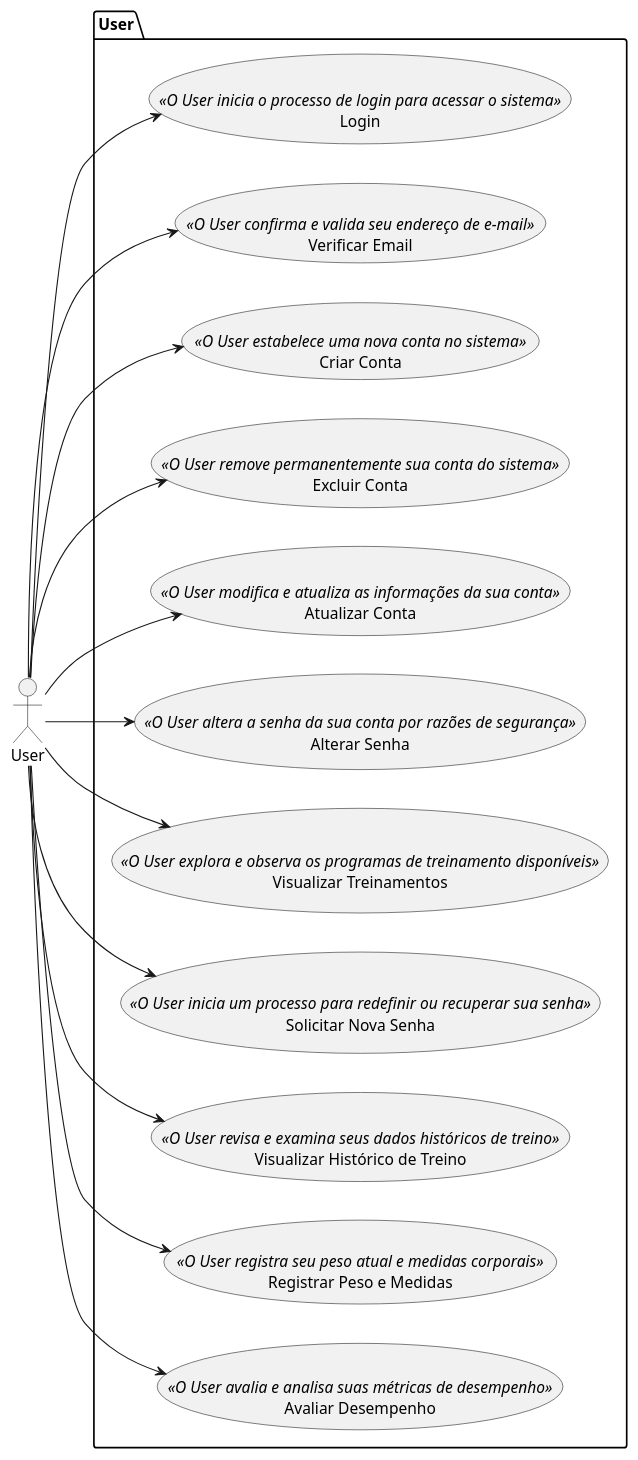
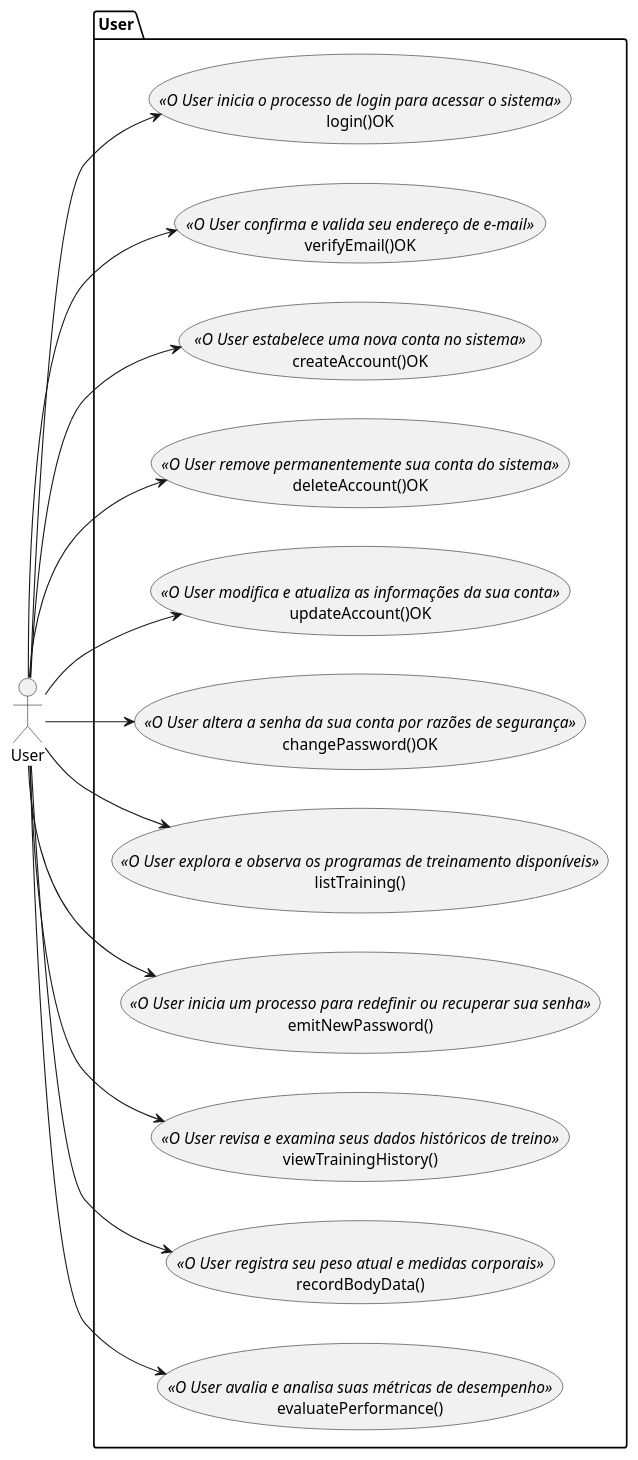
Before and after one commit to LucasReisV1337/api-gym: the diagram in uml/User/usecases/index.wsd, drawn with PlantUML. The commit also changed 6 other files, not shown here.

```diff
--- a/uml/User/usecases/index.wsd
+++ b/uml/User/usecases/index.wsd
@@ -1,41 +1,41 @@
 @startuml
 left to right direction
 
 actor User as u
 
 package "User" {
-  usecase "Login" as UC1 <<O User inicia o processo de login para acessar o sistema>>
+  usecase "login()OK" as UC1 <<O User inicia o processo de login para acessar o sistema>>
 
-  usecase "Verificar Email" as UC2 <<O User confirma e valida seu endereço de e-mail>>
+  usecase "verifyEmail()OK" as UC2 <<O User confirma e valida seu endereço de e-mail>>
 
-  usecase "Criar Conta" as UC3 <<O User estabelece uma nova conta no sistema>>
+  usecase "createAccount()OK" as UC3 <<O User estabelece uma nova conta no sistema>>
 
-  usecase "Excluir Conta" as UC4 <<O User remove permanentemente sua conta do sistema>>
+  usecase "deleteAccount()OK" as UC4 <<O User remove permanentemente sua conta do sistema>>
 
-  usecase "Atualizar Conta" as UC5 <<O User modifica e atualiza as informações da sua conta>>
+  usecase "updateAccount()OK" as UC5 <<O User modifica e atualiza as informações da sua conta>>
 
-  usecase "Alterar Senha" as UC6 <<O User altera a senha da sua conta por razões de segurança>>
+  usecase "changePassword()OK" as UC6 <<O User altera a senha da sua conta por razões de segurança>>
 
-  usecase "Visualizar Treinamentos" as UC7 <<O User explora e observa os programas de treinamento disponíveis>>
+  usecase "listTraining()" as UC7 <<O User explora e observa os programas de treinamento disponíveis>>
 
-  usecase "Solicitar Nova Senha" as UC8 <<O User inicia um processo para redefinir ou recuperar sua senha>>
+  usecase "emitNewPassword()" as UC8 <<O User inicia um processo para redefinir ou recuperar sua senha>>
 
-  usecase "Visualizar Histórico de Treino" as UC9 <<O User revisa e examina seus dados históricos de treino>>
+  usecase "viewTrainingHistory()" as UC9 <<O User revisa e examina seus dados históricos de treino>>
 
-  usecase "Registrar Peso e Medidas" as UC10 <<O User registra seu peso atual e medidas corporais>>
+  usecase "recordBodyData()" as UC10 <<O User registra seu peso atual e medidas corporais>>
 
-  usecase "Avaliar Desempenho" as UC11 <<O User avalia e analisa suas métricas de desempenho>>
+  usecase "evaluatePerformance()" as UC11 <<O User avalia e analisa suas métricas de desempenho>>
 }
 
 u --> UC1
 u --> UC2
 u --> UC3
 u --> UC4
 u --> UC5
 u --> UC6
 u --> UC7
 u --> UC8
 u --> UC9
 u --> UC10
 u --> UC11
 @enduml
```
